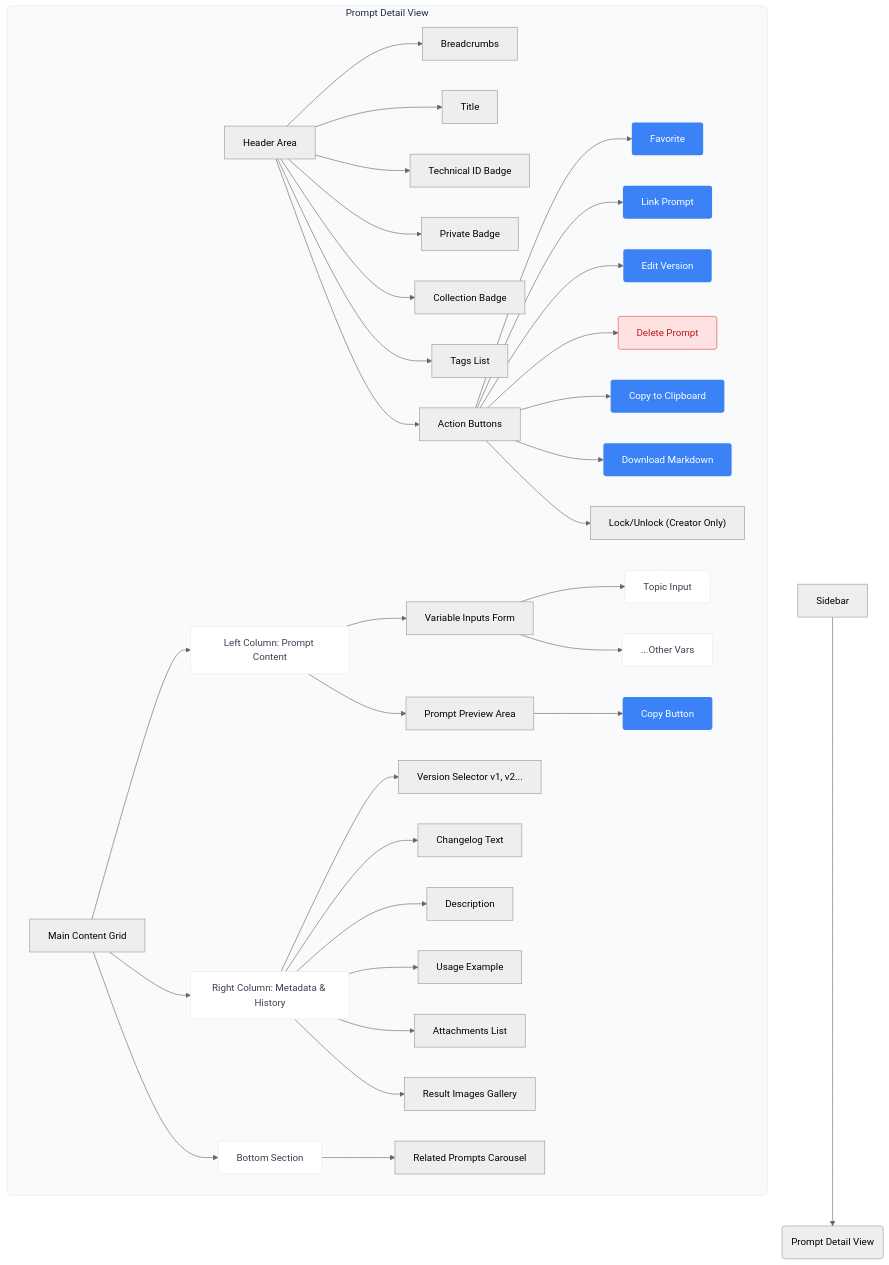
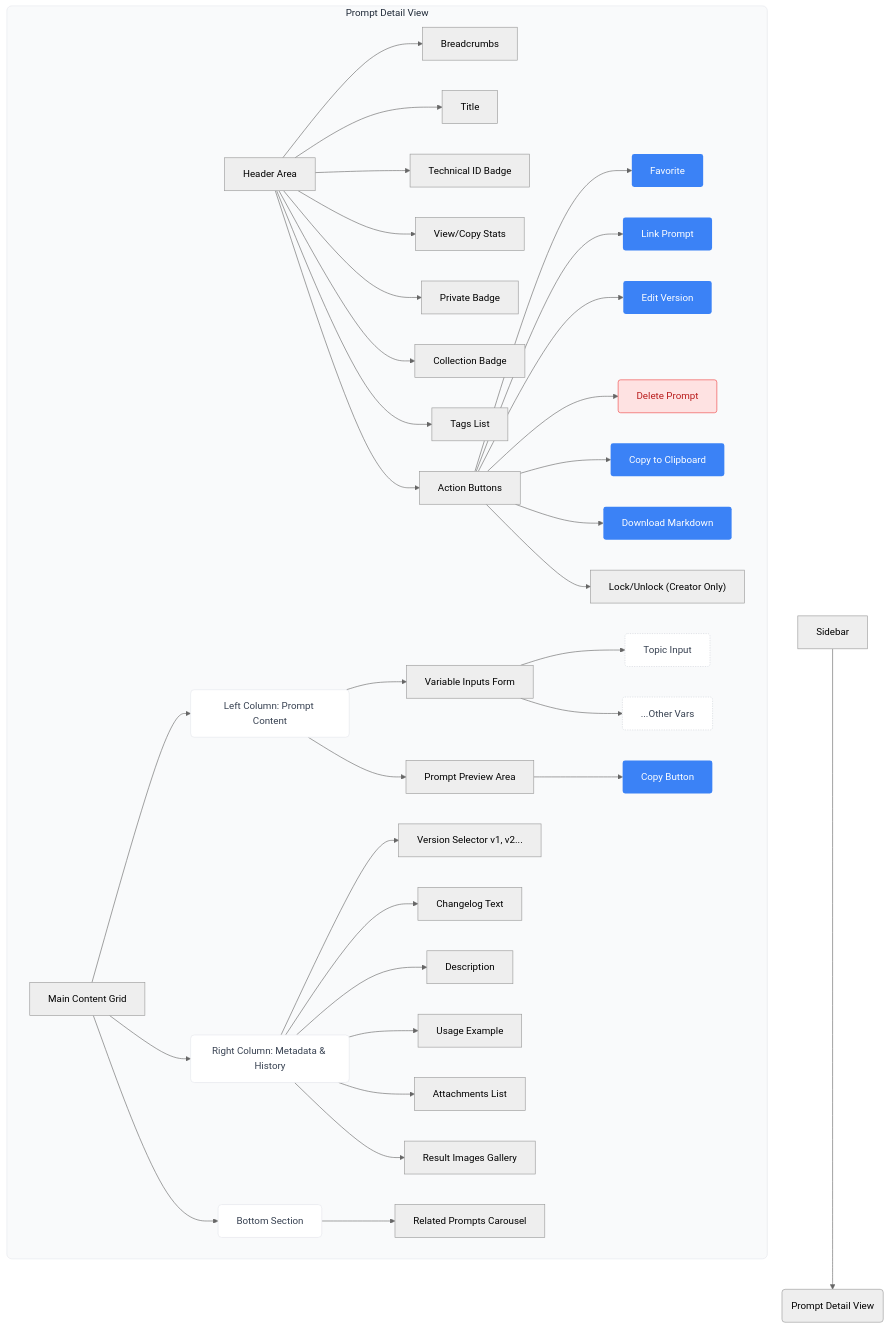
The diagram in docs/wireframes/prompt_detail_wireframe.mmd (jovd83/prompthive), drawn with Mermaid (neutral theme) before and after one commit. The commit also changed 24 other files, not shown here.

```diff
--- a/docs/wireframes/prompt_detail_wireframe.mmd
+++ b/docs/wireframes/prompt_detail_wireframe.mmd
@@ -1,52 +1,53 @@
 graph TD
     A[Sidebar] --> B(Prompt Detail View)
     
     subgraph Detail [Prompt Detail View]
     H[Header Area]
     H --> H1[Breadcrumbs]
     H --> H2[Title]
     H --> H6[Technical ID Badge]
+    H --> H8[View/Copy Stats]
     H --> H7[Private Badge]
     H --> H3[Collection Badge]
     H --> H4[Tags List]
     H --> H5[Action Buttons]
     H5 --> H5f[Favorite]
     H5 --> H5g[Link Prompt]
     H5 --> H5a[Edit Version]
     H5 --> H5b[Delete Prompt]
     H5 --> H5c[Copy to Clipboard]
     H5 --> H5d[Download Markdown]
     H5 --> H5e["Lock/Unlock (Creator Only)"]
     
     M[Main Content Grid]
     M --> M1[Left Column: Prompt Content]
     M1 --> M1a[Variable Inputs Form]
     M1a --> M1a1[Topic Input]
     M1a --> M1a2[...Other Vars]
     M1 --> M1b[Prompt Preview Area]
     M1b --> M1b1[Copy Button]
     
     M --> M2[Right Column: Metadata & History]
     M2 --> M2a[Version Selector v1, v2...]
     M2 --> M2b[Changelog Text]
     M2 --> M2c[Description]
     M2 --> M2d[Usage Example]
     M2 --> M2e[Attachments List]
     M2 --> M2f[Result Images Gallery]
     
     M --> M3[Bottom Section]
     M3 --> M3a[Related Prompts Carousel]
     end
 
     %% Premium Styling
     classDef container fill:#f9fafb,stroke:#e5e7eb,color:#1f2937,rx:8,ry:8,stroke-width:1px;
     classDef panel fill:#ffffff,stroke:#e5e7eb,color:#374151,rx:6,ry:6,stroke-width:1px;
     classDef button fill:#3b82f6,stroke:#2563eb,color:#ffffff,rx:4,ry:4,stroke-width:0px;
     classDef danger fill:#fee2e2,stroke:#ef4444,color:#b91c1c,rx:4,ry:4;
     classDef input fill:#ffffff,stroke:#d1d5db,color:#374151,rx:4,ry:4,stroke-dasharray: 2 2;
 
     class Detail container;
     class M1,M2,M3 panel;
     class H5a,H5c,M1b1,H5d,H5f,H5g button;
     class H5b danger;
     class M1a1,M1a2 input;
```
